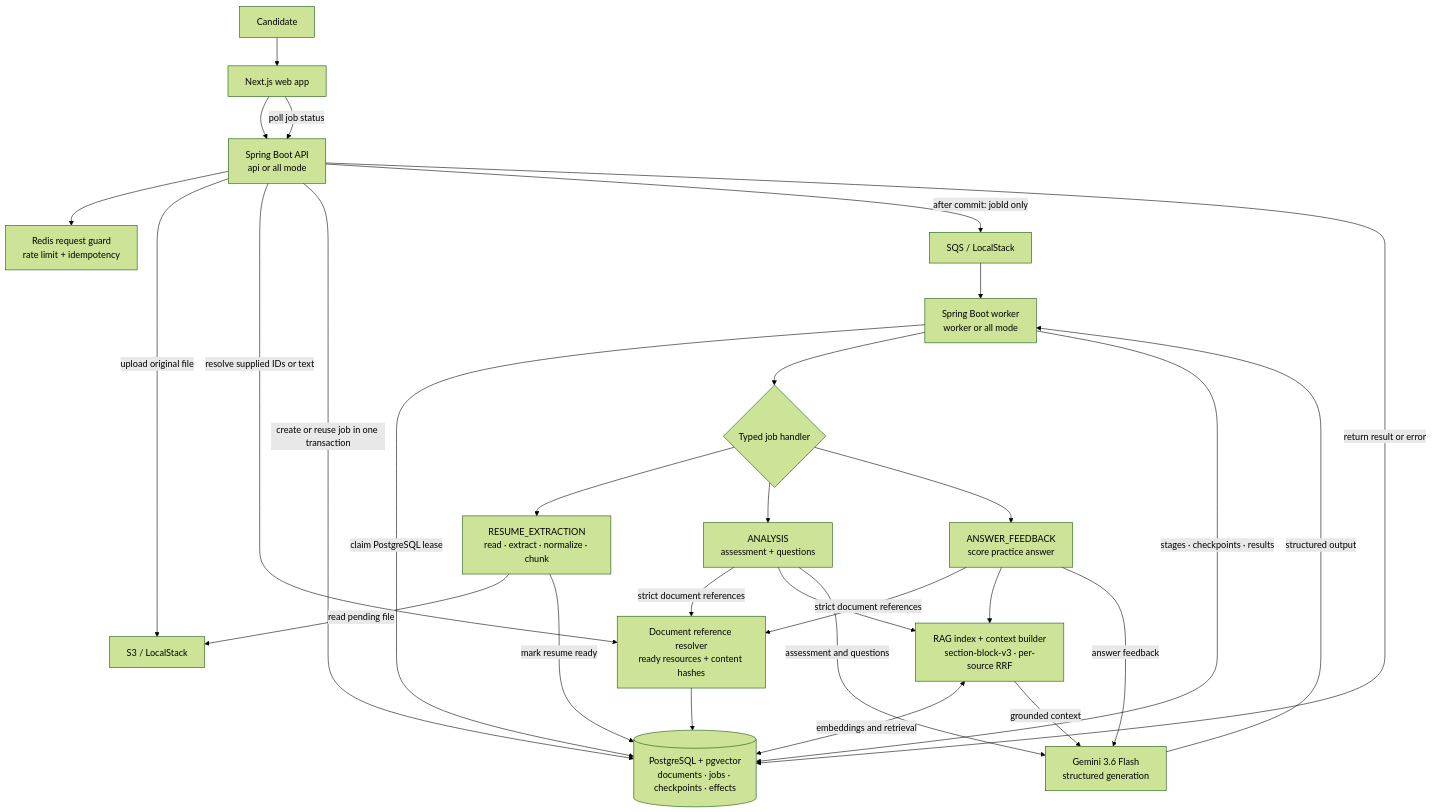
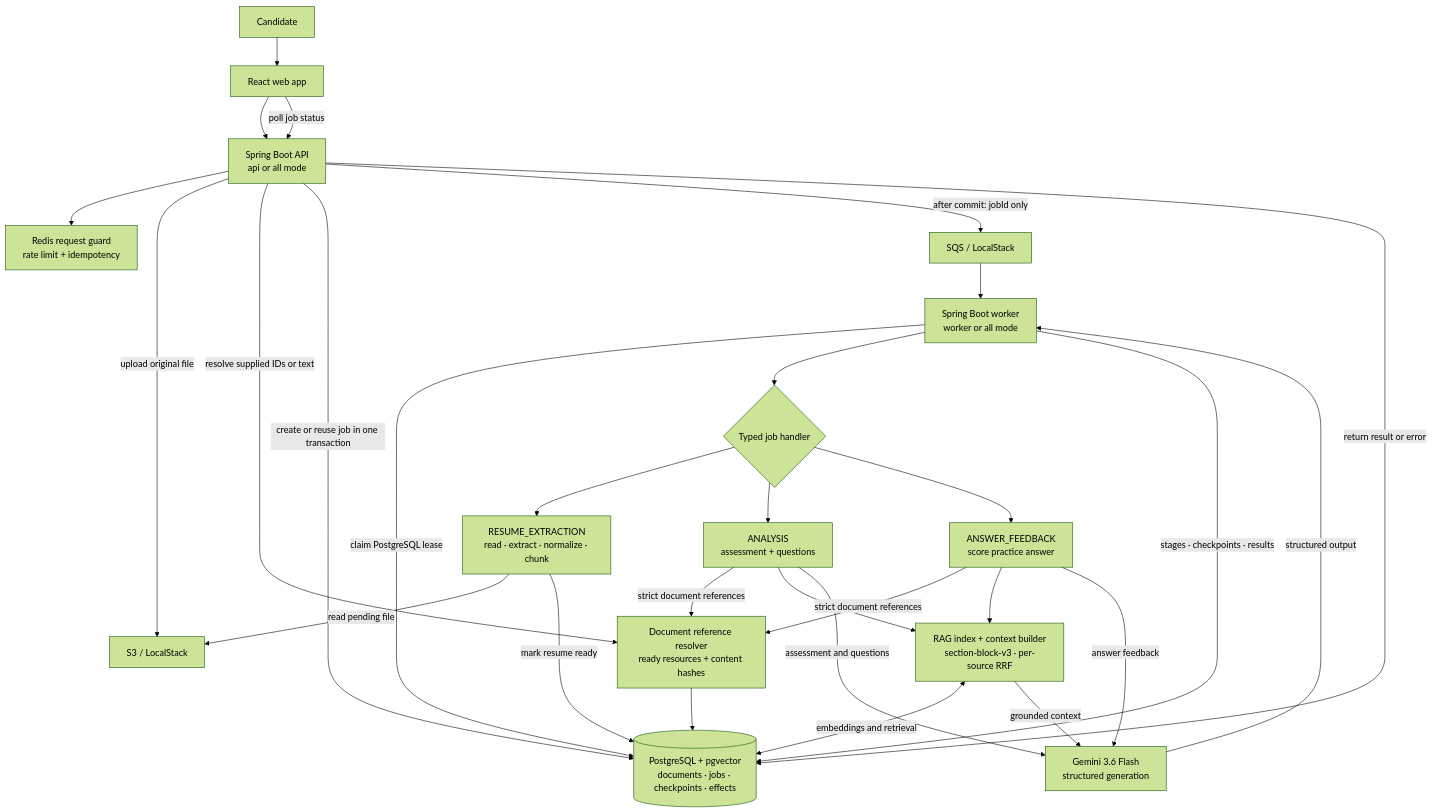
One commit to AzkZzz04/ai_interview changed the diagram in README.md. Above: the diagram before and after it, drawn with Mermaid (forest theme). The commit also changed other lines of this file and 5 other files, not shown here.

````diff
--- a/README.md
+++ b/README.md
@@ -19,36 +19,36 @@
 ```mermaid
 flowchart TB
-  Candidate["Candidate"] --> Web["Next.js web app"]
+  Candidate["Candidate"] --> Web["React web app"]
   Web --> API["Spring Boot API\napi or all mode"]
   API --> Guard["Redis request guard\nrate limit + idempotency"]
 
   API -->|"upload original file"| S3["S3 / LocalStack"]
   API -->|"resolve supplied IDs or text"| Refs["Document reference resolver\nready resources + content hashes"]
   Refs --> Store[("PostgreSQL + pgvector\ndocuments · jobs · checkpoints · effects")]
   API -->|"create or reuse job in one transaction"| Store
   API -->|"after commit: jobId only"| Queue["SQS / LocalStack"]
 
   Queue --> Worker["Spring Boot worker\nworker or all mode"]
   Worker -->|"claim PostgreSQL lease"| Store
   Worker --> Handler{"Typed job handler"}
 
   Handler --> Extract["RESUME_EXTRACTION\nread · extract · normalize · chunk"]
   Extract -->|"read pending file"| S3
   Extract -->|"mark resume ready"| Store
 
   Handler --> Analysis["ANALYSIS\nassessment + questions"]
   Handler --> Feedback["ANSWER_FEEDBACK\nscore practice answer"]
   Analysis -->|"strict document references"| Refs
   Feedback -->|"strict document references"| Refs
   Analysis --> RAG["RAG index + context builder\nsection-block-v3 · per-source RRF"]
   Feedback --> RAG
   RAG <-->|"embeddings and retrieval"| Store
   RAG -->|"grounded context"| Gemini["Gemini 3.6 Flash\nstructured generation"]
   Analysis -->|"assessment and questions"| Gemini
   Feedback -->|"answer feedback"| Gemini
   Gemini -->|"structured output"| Worker
 
   Worker -->|"stages · checkpoints · results"| Store
   Web -->|"poll job status"| API
   API -->|"return result or error"| Store
 ```
````
